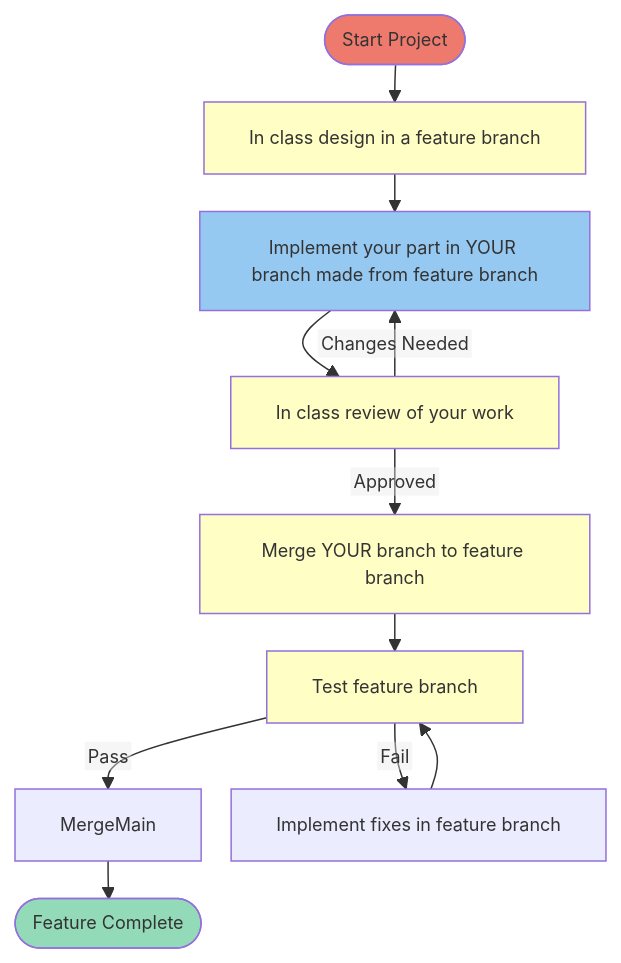
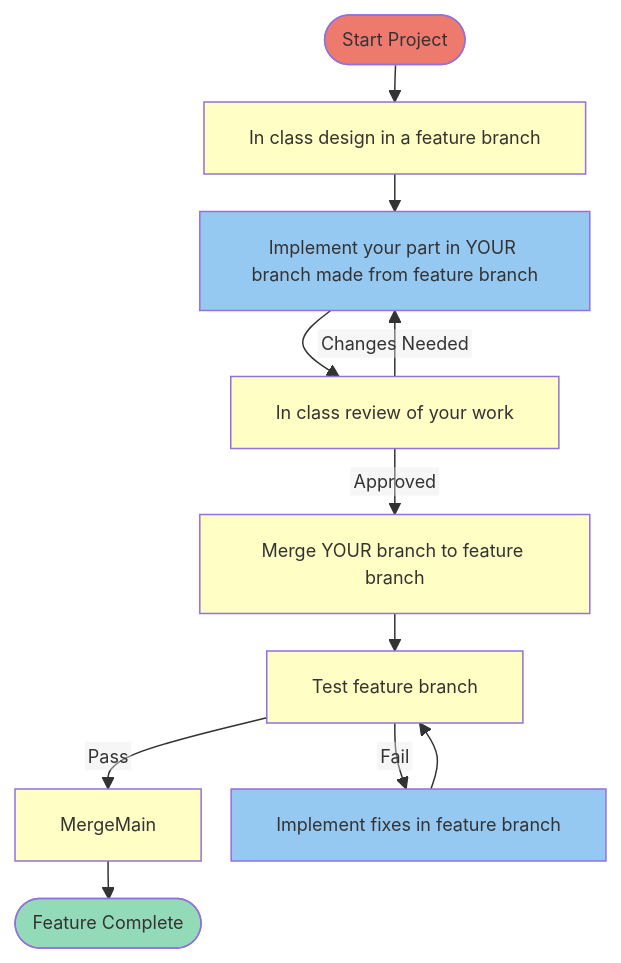
Before and after one commit to cse4504-wustl/workflow: the first of 2 diagrams in README.md, drawn with Mermaid.

````diff
--- a/README.md
+++ b/README.md
@@ -4,23 +4,24 @@
 ```mermaid
 %%{init: {'flowchart': {'nodeSpacing': 20, 'rankSpacing': 25, 'htmlLabels': false}, 'themeVariables': {'fontSize': '12px'}}}%%
 flowchart TD
  
     Start([Start Project]) --> Design[In class design in a feature branch]
     style Start fill:#ED7A6D
     Design --> Implement[Implement your part in YOUR branch made from feature branch]
     style Design fill:#FFFEC4
     Implement --> Review[In class review of your work]
     style Implement fill:#96C9F2
     Review -- Approved --> Merge_Ind[Merge YOUR branch to feature branch]
     style Review fill:#FFFEC4
     Review -- Changes Needed --> Implement
     Merge_Ind --> IntegrationTest[Test feature branch]
     style Merge_Ind fill:#FFFEC4
     style IntegrationTest fill:#FFFEC4
     IntegrationTest -- Pass --> MergeMain
     IntegrationTest -- Fail --> Fix[Implement fixes in feature branch]
     Fix --> IntegrationTest
- 
+    style Fix fill:#96C9F2
     MergeMain --> Done([Feature Complete])
+    style MergeMain fill:#FFFEC4
     style Done fill:#93DBB8
 ```
````
